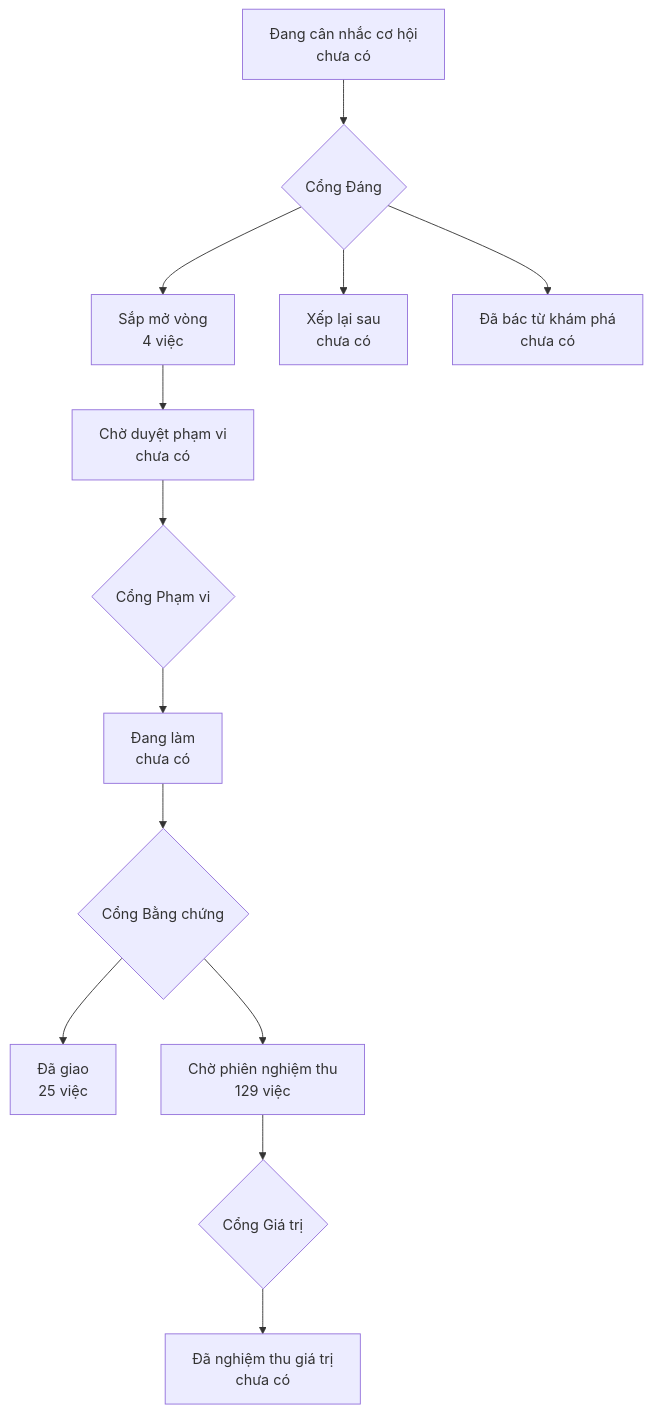
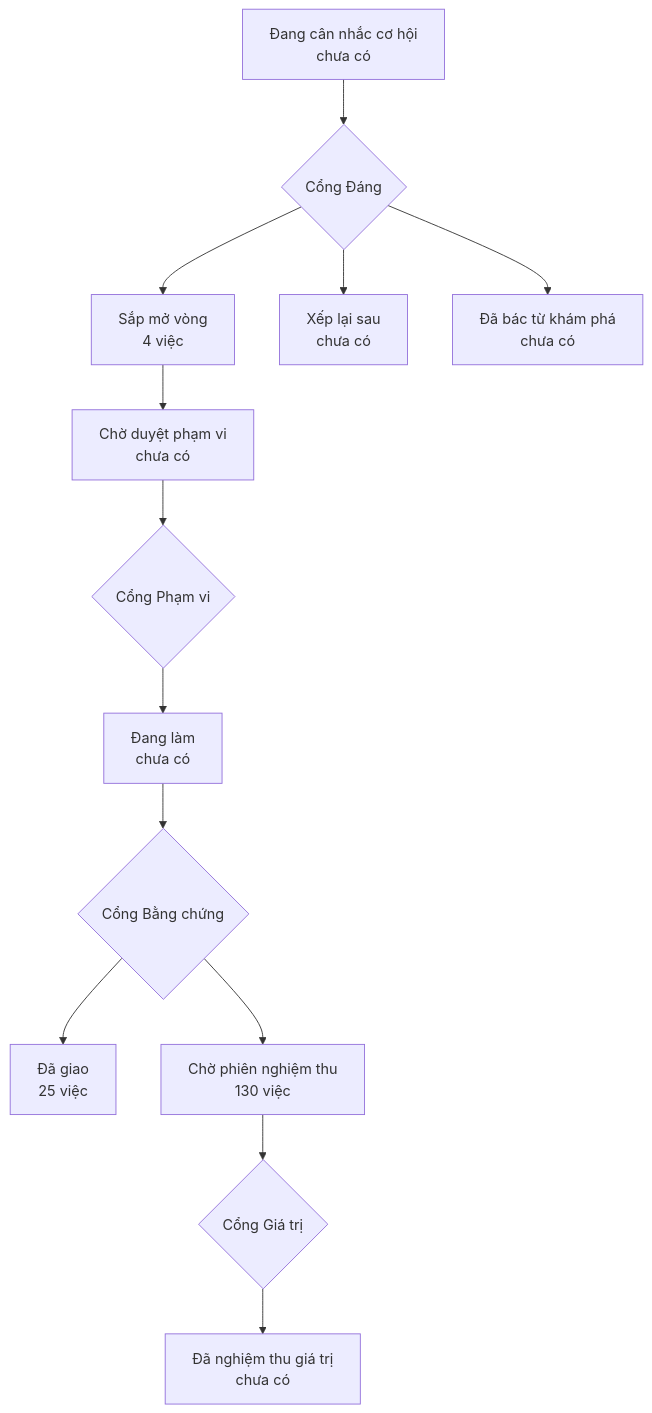
Before and after one commit to phanlemanh/onehub-quy-hang: the diagram in PRODUCT-MAP.md, drawn with Mermaid. The commit also changed other lines of this file and 1 other file, not shown here.

Commit message:
chore: vẽ lại bản đồ sau gộp main

````diff
--- a/PRODUCT-MAP.md
+++ b/PRODUCT-MAP.md
@@ -7,12 +7,12 @@
 ```mermaid
 flowchart TD
   A["Đang cân nhắc cơ hội<br/>chưa có"] --> GD{"Cổng Đáng"}
   GD --> B["Sắp mở vòng<br/>4 việc"]
   GD --> XL["Xếp lại sau<br/>chưa có"]
   GD --> DB["Đã bác từ khám phá<br/>chưa có"]
   B --> CD["Chờ duyệt phạm vi<br/>chưa có"] --> GP{"Cổng Phạm vi"}
   GP --> DL["Đang làm<br/>chưa có"] --> GB{"Cổng Bằng chứng"}
   GB --> DG["Đã giao<br/>25 việc"]
-  GB --> CN["Chờ phiên nghiệm thu<br/>129 việc"] --> GG{"Cổng Giá trị"}
+  GB --> CN["Chờ phiên nghiệm thu<br/>130 việc"] --> GG{"Cổng Giá trị"}
   GG --> NT["Đã nghiệm thu giá trị<br/>chưa có"]
 ```
````
